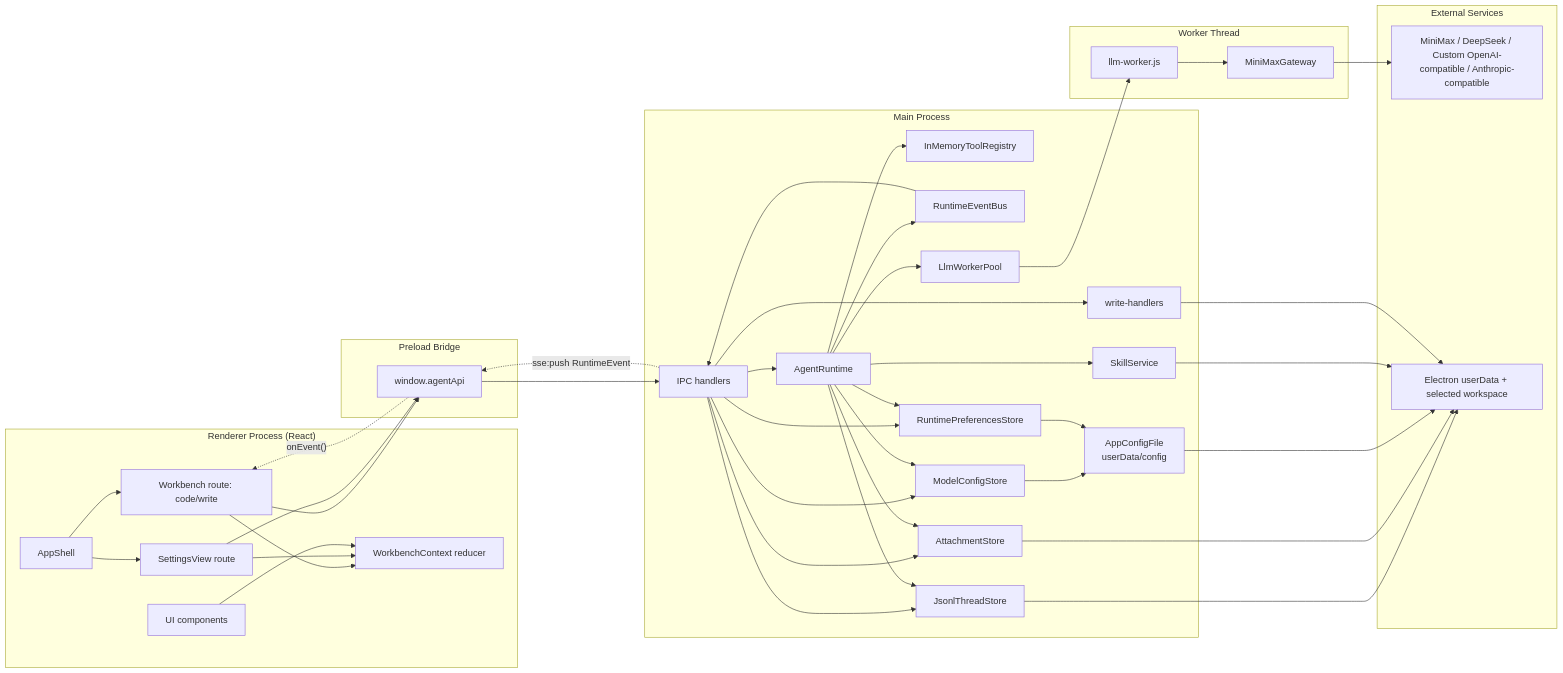
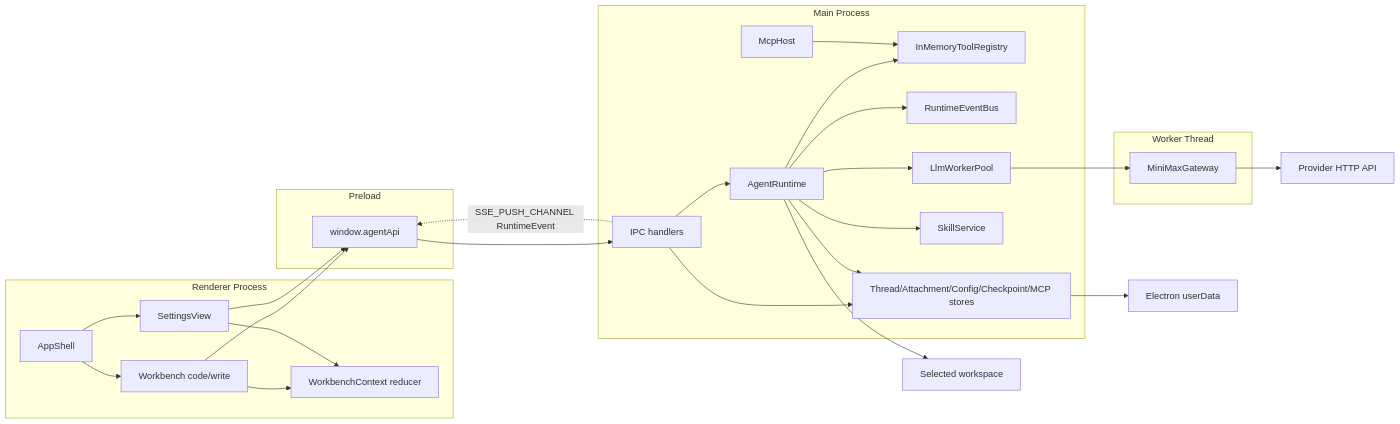
Before and after one commit to dp-sudo/agent-pyramid-desktop: the diagram in docs/architecture.md, drawn with Mermaid. The commit also changed other lines of this file and 8 other files, not shown here.

````diff
--- a/docs/architecture.md
+++ b/docs/architecture.md
@@ -29,75 +19,53 @@
 ```mermaid
 flowchart LR
-  subgraph Renderer["Renderer Process (React)"]
+  subgraph Renderer["Renderer Process"]
     AppShell["AppShell"]
-    Workbench["Workbench route: code/write"]
-    Settings["SettingsView route"]
+    Workbench["Workbench code/write"]
+    Settings["SettingsView"]
     Store["WorkbenchContext reducer"]
-    UI["UI components"]
   end
 
-  subgraph Preload["Preload Bridge"]
-    AgentApi["window.agentApi"]
+  subgraph Preload["Preload"]
+    Api["window.agentApi"]
   end
 
   subgraph Main["Main Process"]
-    IpcHandlers["IPC handlers"]
+    Ipc["IPC handlers"]
     Runtime["AgentRuntime"]
-    Registry["InMemoryToolRegistry"]
+    Tools["InMemoryToolRegistry"]
+    Bus["RuntimeEventBus"]
+    Stores["Thread/Attachment/Config/Checkpoint/MCP stores"]
     Skills["SkillService"]
-    Bus["RuntimeEventBus"]
-    Threads["JsonlThreadStore"]
-    Attachments["AttachmentStore"]
-    Config["ModelConfigStore"]
-    RuntimePrefs["RuntimePreferencesStore"]
-    AppConfig["AppConfigFile\nuserData/config"]
-    WorkerPool["LlmWorkerPool"]
-    WriteSvc["write-handlers"]
+    Mcp["McpHost"]
+    Pool["LlmWorkerPool"]
   end
 
   subgraph Worker["Worker Thread"]
-    WorkerEntry["llm-worker.js"]
     Gateway["MiniMaxGateway"]
   end
 
-  subgraph External["External Services"]
-    Providers["MiniMax / DeepSeek / Custom OpenAI-compatible / Anthropic-compatible"]
-    Filesystem["Electron userData + selected workspace"]
-  end
+  Provider["Provider HTTP API"]
+  UserData["Electron userData"]
+  Workspace["Selected workspace"]
 
   AppShell --> Workbench
   AppShell --> Settings
   Workbench --> Store
   Settings --> Store
-  UI --> Store
-  Workbench --> AgentApi
-  Settings --> AgentApi
-  AgentApi --> IpcHandlers
-  IpcHandlers --> Runtime
-  IpcHandlers --> Threads
-  IpcHandlers --> Attachments
-  IpcHandlers --> Config
-  IpcHandlers --> RuntimePrefs
-  IpcHandlers --> WriteSvc
-  Runtime --> Registry
+  Workbench --> Api
+  Settings --> Api
+  Api --> Ipc
+  Ipc --> Runtime
+  Ipc --> Stores
+  Runtime --> Tools
+  Runtime --> Bus
+  Runtime --> Stores
   Runtime --> Skills
-  Runtime --> Bus
-  Runtime --> Threads
-  Runtime --> Attachments
-  Runtime --> Config
-  Runtime --> RuntimePrefs
-  Runtime --> WorkerPool
-  Config --> AppConfig
-  RuntimePrefs --> AppConfig
-  WorkerPool --> WorkerEntry
-  WorkerEntry --> Gateway
-  Gateway --> Providers
-  Threads --> Filesystem
-  Attachments --> Filesystem
-  AppConfig --> Filesystem
-  Skills --> Filesystem
-  WriteSvc --> Filesystem
-  Bus --> IpcHandlers
-  IpcHandlers -. "sse:push RuntimeEvent" .-> AgentApi
-  AgentApi -. "onEvent()" .-> Workbench
+  Runtime --> Pool
+  Mcp --> Tools
+  Pool --> Gateway
+  Gateway --> Provider
+  Stores --> UserData
+  Runtime --> Workspace
+  Ipc -. "SSE_PUSH_CHANNEL RuntimeEvent" .-> Api
 ```
````
